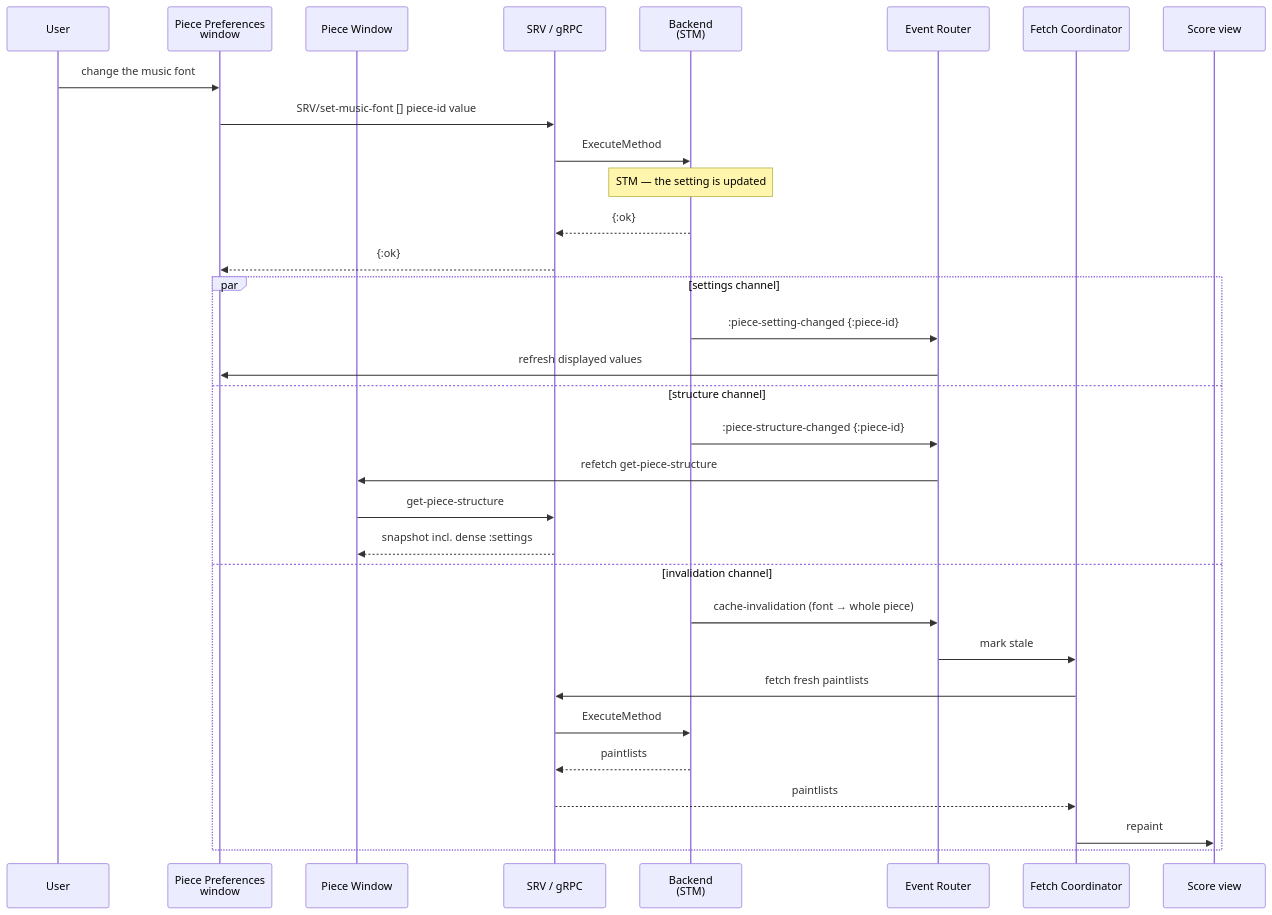
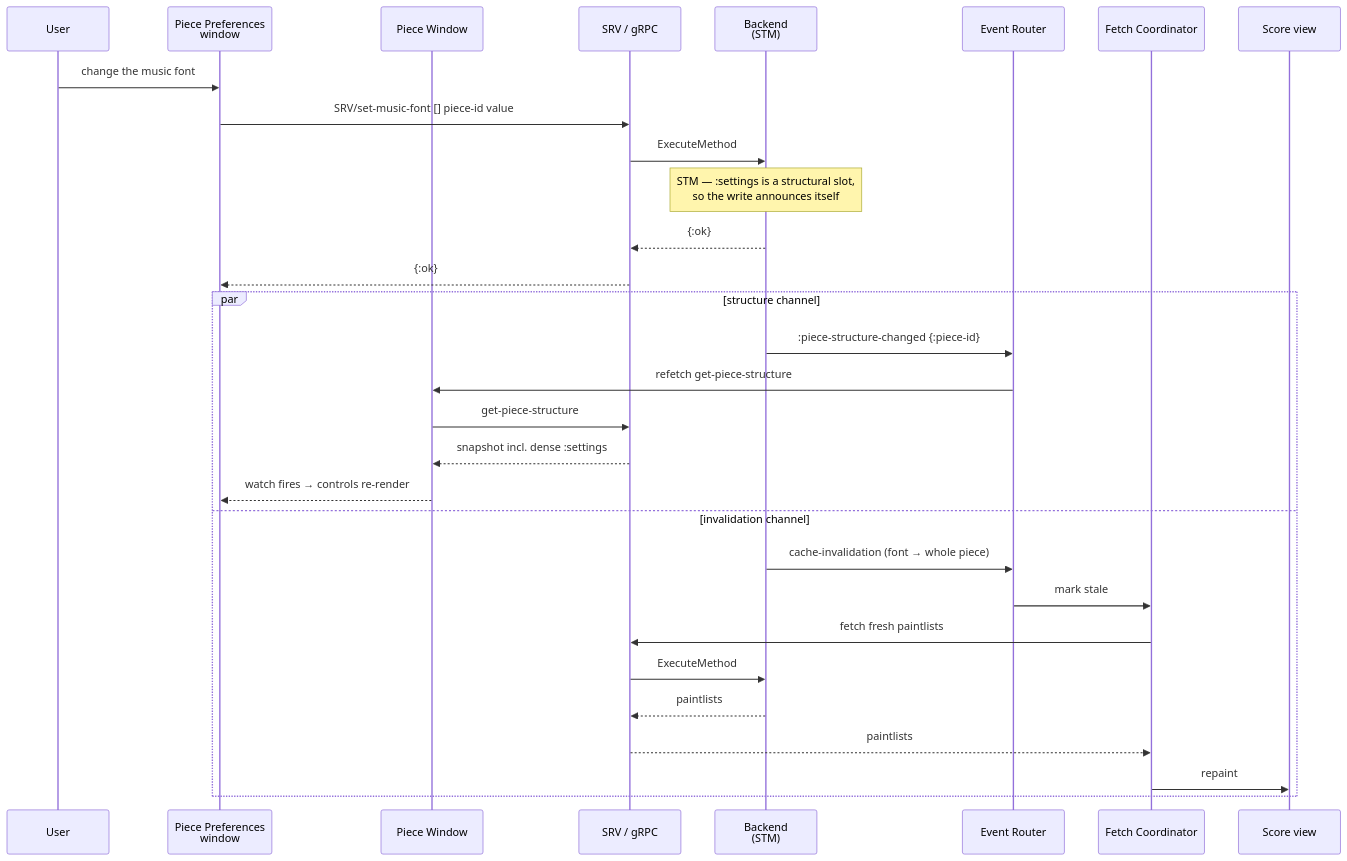
Before and after one commit to PeterBengtson/Ooloi-docs: the second of 2 diagrams in ADRs/0053-Piece-Window-and-Piece-Preferences.md, drawn with Mermaid. The commit also changed other lines of this file and 7 other files, not shown here.

````diff
--- a/ADRs/0053-Piece-Window-and-Piece-Preferences.md
+++ b/ADRs/0053-Piece-Window-and-Piece-Preferences.md
@@ -209,35 +226,33 @@
 ```mermaid
 sequenceDiagram
     participant U as User
     participant PP as Piece Preferences<br/>window
     participant PW as Piece Window
     participant SRV as SRV / gRPC
     participant BE as Backend<br/>(STM)
     participant ER as Event Router
     participant FC as Fetch Coordinator
     participant SC as Score view
 
     U->>PP: change the music font
     PP->>SRV: SRV/set-music-font [] piece-id value
     SRV->>BE: ExecuteMethod
-    Note over BE: STM — the setting is updated
+    Note over BE: STM — :settings is a structural slot,<br/>so the write announces itself
     BE-->>SRV: {:ok}
     SRV-->>PP: {:ok}
-    par settings channel
-        BE->>ER: :piece-setting-changed {:piece-id}
-        ER->>PP: refresh displayed values
-    and structure channel
+    par structure channel
         BE->>ER: :piece-structure-changed {:piece-id}
         ER->>PW: refetch get-piece-structure
         PW->>SRV: get-piece-structure
         SRV-->>PW: snapshot incl. dense :settings
+        PW-->>PP: watch fires → controls re-render
     and invalidation channel
         BE->>ER: cache-invalidation (font → whole piece)
         ER->>FC: mark stale
         FC->>SRV: fetch fresh paintlists
         SRV->>BE: ExecuteMethod
         BE-->>SRV: paintlists
         SRV-->>FC: paintlists
         FC->>SC: repaint
     end
 ```
````
